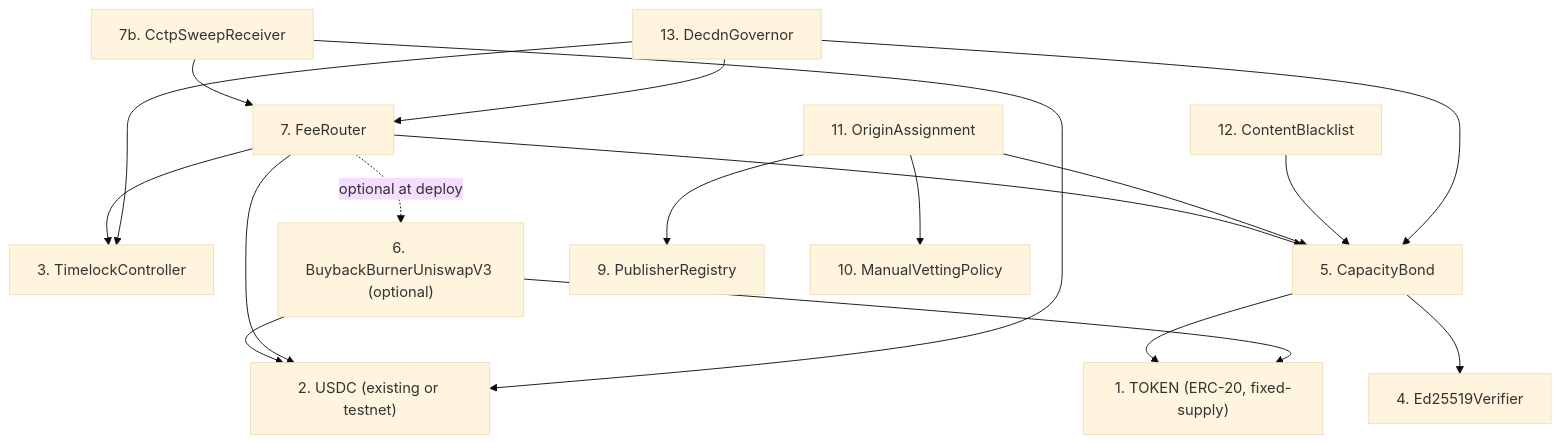
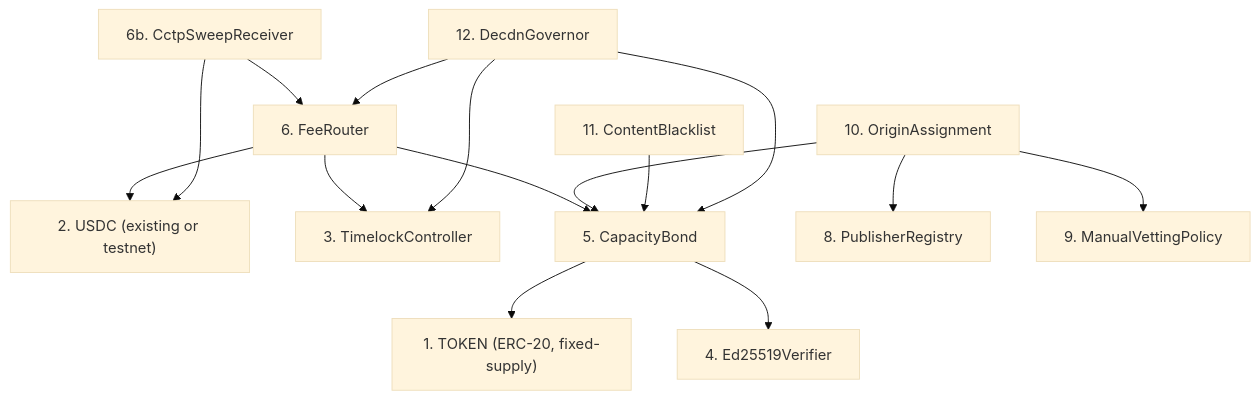
One commit to decdn/decdn changed the second of 5 diagrams in adr/016-contract-interactions.md. Above: the diagram before and after it, drawn with Mermaid (base theme). The commit also changed other lines of this file and 73 other files, not shown here.

````diff
--- a/adr/016-contract-interactions.md
+++ b/adr/016-contract-interactions.md
@@ -326,34 +309,30 @@
 ```mermaid
 graph TD
     TOKEN["1. TOKEN (ERC-20, fixed-supply)"]
     USDC["2. USDC (existing or testnet)"]
     TL["3. TimelockController"]
     ED["4. Ed25519Verifier"]
     CBOND["5. CapacityBond"]
-    BB["6. BuybackBurnerUniswapV3 (optional)"]
-    FR["7. FeeRouter"]
-    CSR["7b. CctpSweepReceiver"]
-    PR["9. PublisherRegistry"]
-    MVP["10. ManualVettingPolicy"]
-    OA["11. OriginAssignment"]
-    CB["12. ContentBlacklist"]
-    GOV["13. DecdnGovernor"]
+    FR["6. FeeRouter"]
+    CSR["6b. CctpSweepReceiver"]
+    PR["8. PublisherRegistry"]
+    MVP["9. ManualVettingPolicy"]
+    OA["10. OriginAssignment"]
+    CB["11. ContentBlacklist"]
+    GOV["12. DecdnGovernor"]
 
     CBOND --> TOKEN
     CBOND --> ED
-    BB --> TOKEN
-    BB --> USDC
     FR --> USDC
     FR --> TL
     FR --> CBOND
-    FR -.->|"optional at deploy"| BB
     CSR --> FR
     CSR --> USDC
     OA --> CBOND
     OA --> PR
     OA --> MVP
     CB --> CBOND
     GOV --> CBOND
     GOV --> FR
     GOV --> TL
 ```
````
